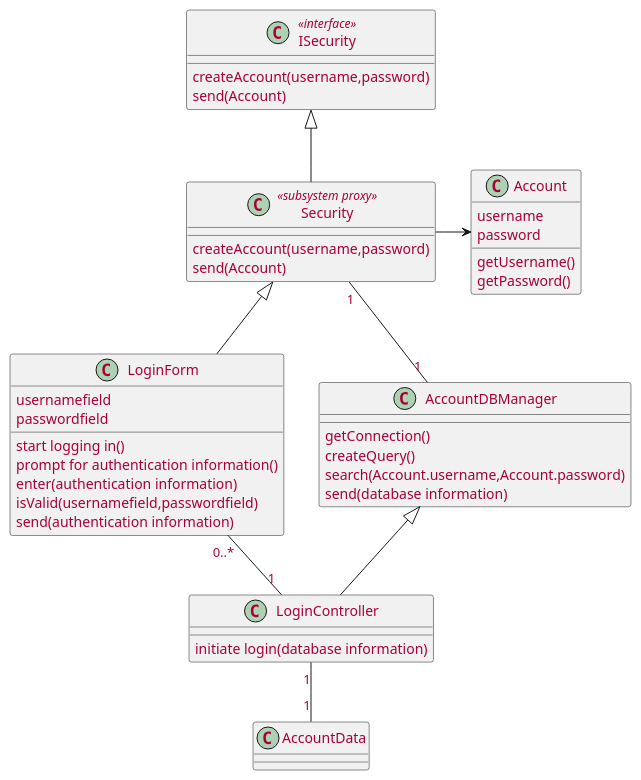
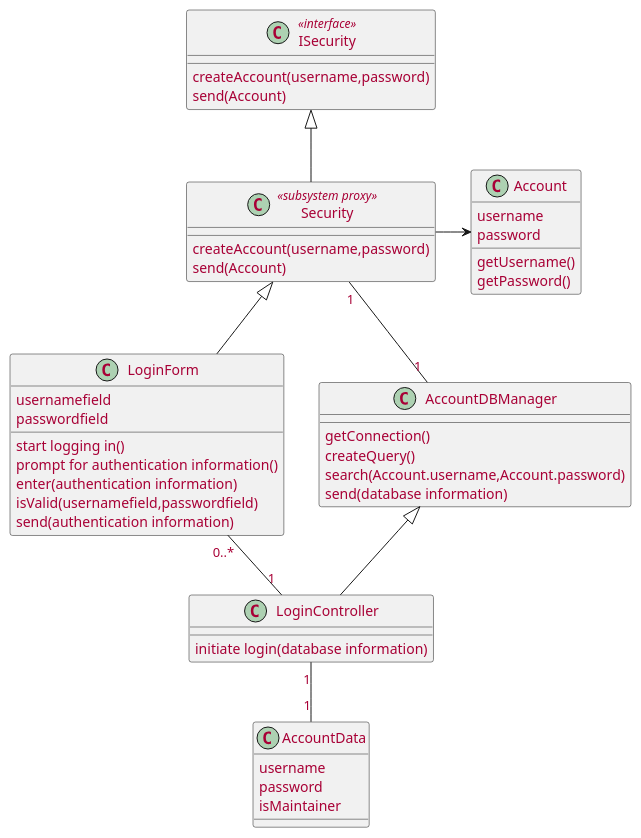
Before and after one commit to McSinyx/ipppi: the second of 6 diagrams in source/solution/use-case-design.rst, drawn with PlantUML. The commit also changed other lines of this file, not shown here.

Commit message:
Update use-case-design.rst
Previous use case analysis has verify method,so I thought I should respect that. With the search method though, that would be excessive so I will change the name to reflect it.

```diff
--- a/source/solution/use-case-design.rst
+++ b/source/solution/use-case-design.rst
@@ -48,46 +48,49 @@
 .. uml::
 
    skinparam defaultFontColor #a80036
    
    class Account {
      username
      password
      getUsername()
      getPassword()
    }
 
    class LoginForm extends Security {
       usernamefield
       passwordfield
       start logging in()
       prompt for authentication information()
       enter(authentication information)
       isValid(usernamefield,passwordfield)
       send(authentication information)
    }
    class ISecurity <<interface>> {
       createAccount(username,password)
       send(Account)  
    }
    class Security <<subsystem proxy>> extends ISecurity {
       createAccount(username,password)
       send(Account)
    }
    class AccountDBManager {
       getConnection()
       createQuery()
       search(Account.username,Account.password)
       send(database information)
    }
    class LoginController extends AccountDBManager {
        initiate login(database information)
    }
    
    class AccountData {
-    
+       username
+       password
+       isMaintainer
+       
    }
 
    LoginForm "0..*" -- "1" LoginController
    LoginController "1" -- "1" AccountData
    Security -> Account
    Security "1" -- "1" AccountDBManager
```
